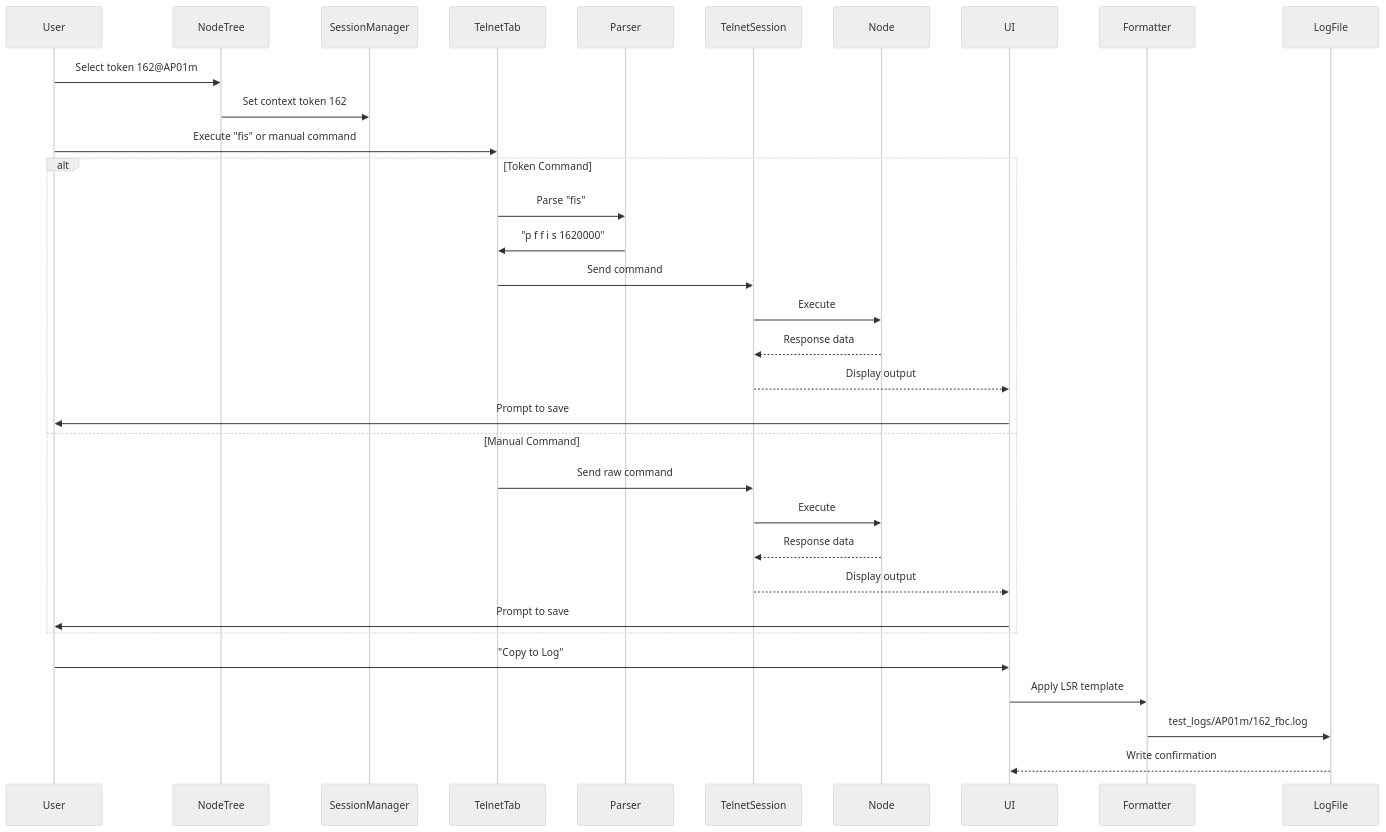
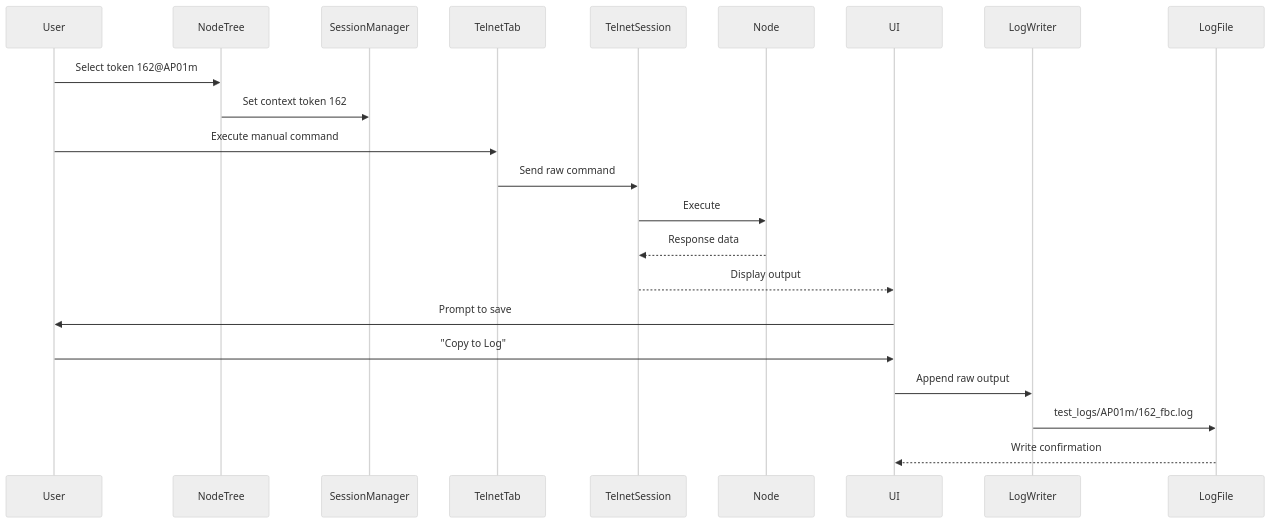
The diagram in _PROJECT/_BMPRSS/_BLUEPRINT/COMMANDER_GUI.md (goranjovic55/LOGReport), drawn with Mermaid (neutral theme) before and after one commit. The commit also changed other lines of this file and 2 other files, not shown here.

Commit message:
Updated project context using KILO CODE

````diff
--- a/_PROJECT/_BMPRSS/_BLUEPRINT/COMMANDER_GUI.md
+++ b/_PROJECT/_BMPRSS/_BLUEPRINT/COMMANDER_GUI.md
@@ -15,25 +15,15 @@
 ```mermaid
 sequenceDiagram
     User->>NodeTree: Select token 162@AP01m
     NodeTree->>SessionManager: Set context token 162
-    User->>TelnetTab: Execute "fis" or manual command
-    alt Token Command
-        TelnetTab->>Parser: Parse "fis" 
-        Parser->>TelnetTab: "p f f i s 1620000"
-        TelnetTab->>TelnetSession: Send command
-        TelnetSession->>Node: Execute
-        Node-->>TelnetSession: Response data
-        TelnetSession-->>UI: Display output
-        UI->>User: Prompt to save
-    else Manual Command
-        TelnetTab->>TelnetSession: Send raw command
-        TelnetSession->>Node: Execute
-        Node-->>TelnetSession: Response data
-        TelnetSession-->>UI: Display output
-        UI->>User: Prompt to save
-    end
+    User->>TelnetTab: Execute manual command
+    TelnetTab->>TelnetSession: Send raw command
+    TelnetSession->>Node: Execute
+    Node-->>TelnetSession: Response data
+    TelnetSession-->>UI: Display output
+    UI->>User: Prompt to save
     User->>UI: "Copy to Log"
-    UI->>Formatter: Apply LSR template
-    Formatter->>LogFile: test_logs/AP01m/162_fbc.log
+    UI->>LogWriter: Append raw output
+    LogWriter->>LogFile: test_logs/AP01m/162_fbc.log
     LogFile-->>UI: Write confirmation
 ```
````
